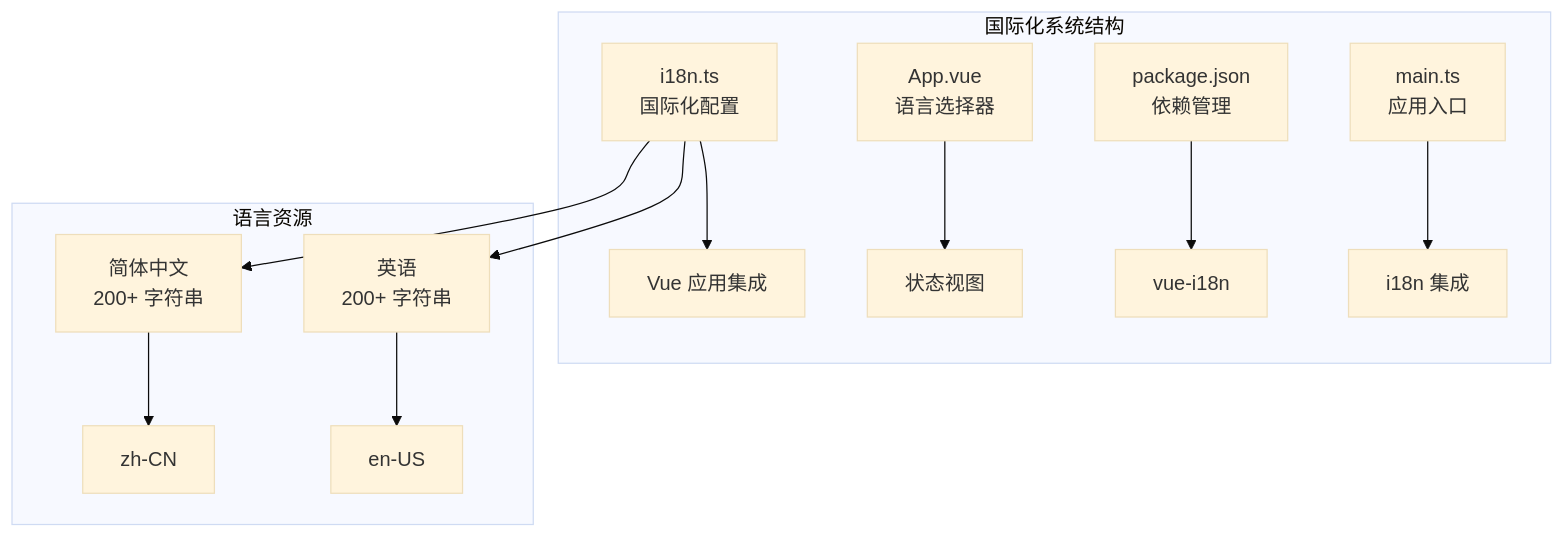
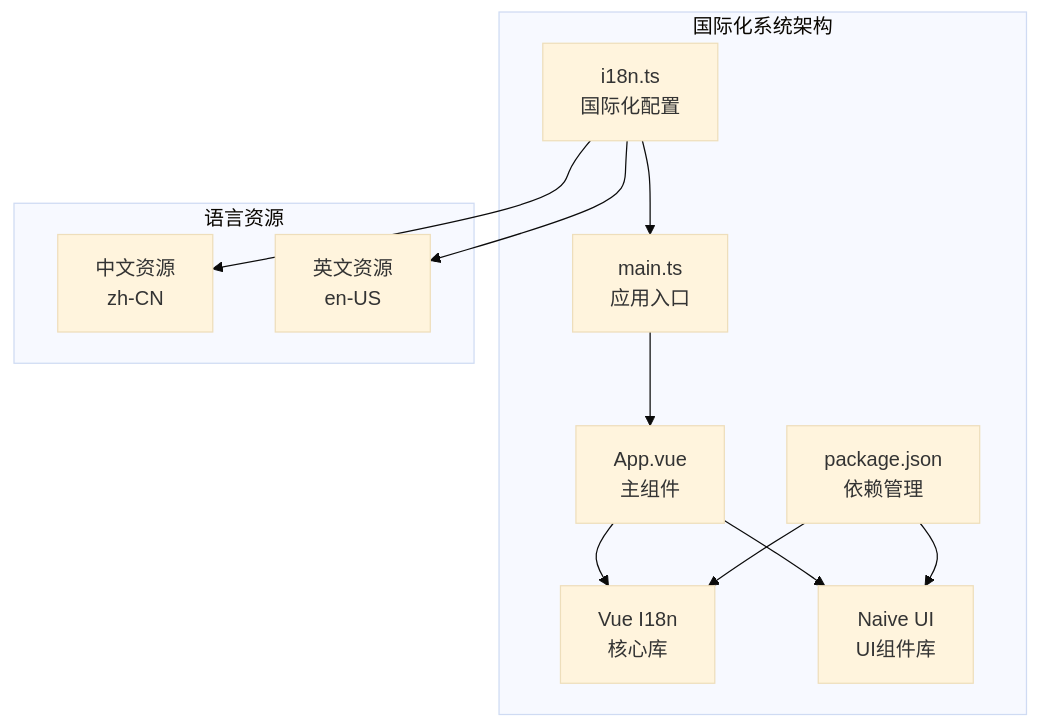
The first of 6 diagrams in .qoder/repowiki/zh/content/桌面端应用/前端界面系统/国际化系统.md (itsharex/NexTunnel), drawn with Mermaid (base theme) before and after one commit. The commit also changed other lines of this file and 48 other files, not shown here.

````diff
--- a/.qoder/repowiki/zh/content/桌面端应用/前端界面系统/国际化系统.md
+++ b/.qoder/repowiki/zh/content/桌面端应用/前端界面系统/国际化系统.md
@@ -42,15 +37,17 @@
 ```mermaid
 graph TB
-subgraph "国际化系统结构"
-A[i18n.ts<br/>国际化配置] --> B[Vue 应用集成]
-C[App.vue<br/>语言选择器] --> D[状态视图]
-E[package.json<br/>依赖管理] --> F[vue-i18n]
-G[main.ts<br/>应用入口] --> H[i18n 集成]
+subgraph "国际化系统架构"
+A[i18n.ts<br/>国际化配置] --> B[main.ts<br/>应用入口]
+B --> C[App.vue<br/>主组件]
+C --> D[Vue I18n<br/>核心库]
+C --> E[Naive UI<br/>UI组件库]
+F[package.json<br/>依赖管理] --> D
+F --> E
 end
 subgraph "语言资源"
-I[简体中文<br/>200+ 字符串] --> J[zh-CN]
-K[英语<br/>200+ 字符串] --> L[en-US]
+G[中文资源<br/>zh-CN]
+H[英文资源<br/>en-US]
 end
-A --> I
-A --> K
+A --> G
+A --> H
 ```
````
